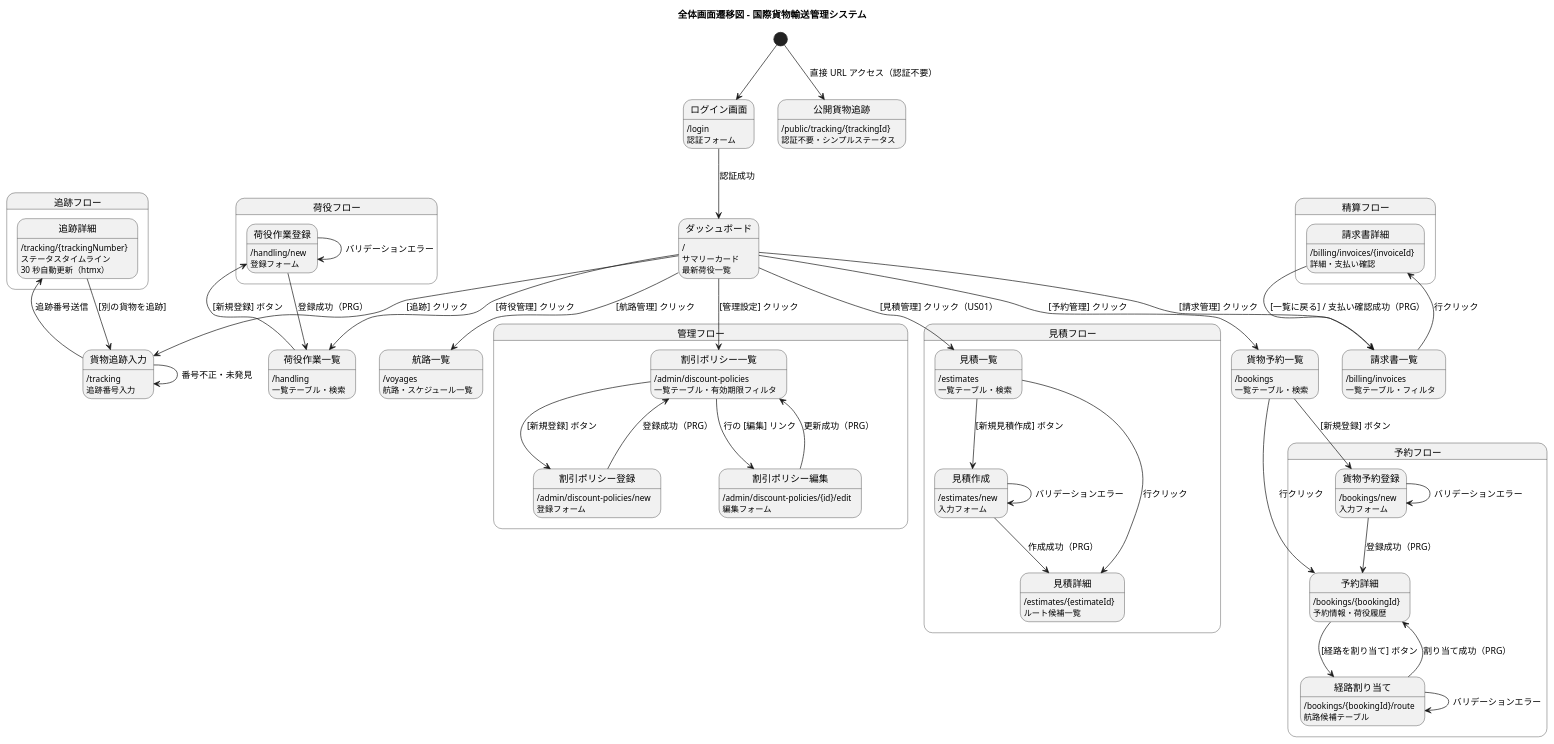
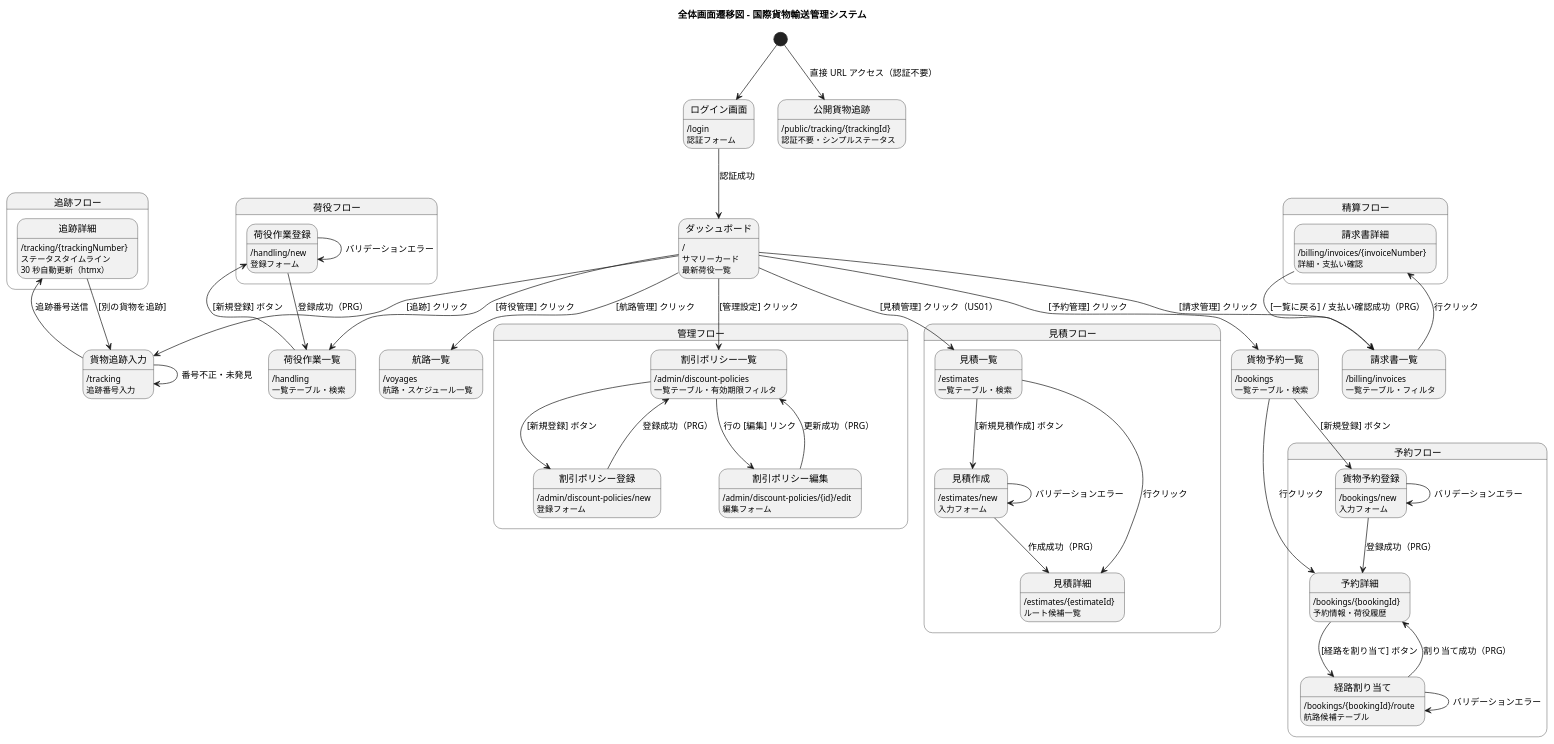
The second of 18 diagrams in docs/design/ui_design.md (k2works/case-study-cargo-tracker), drawn with PlantUML before and after one commit. The commit also changed other lines of this file and 5 other files, not shown here.

```diff
--- a/docs/design/ui_design.md
+++ b/docs/design/ui_design.md
@@ -258,7 +258,7 @@
     請求書一覧 : 一覧テーブル・フィルタ
   }
   state 請求書詳細 {
-    請求書詳細 : /billing/invoices/{invoiceId}
+    請求書詳細 : /billing/invoices/{invoiceNumber}
     請求書詳細 : 詳細・支払い確認
   }
 
```
